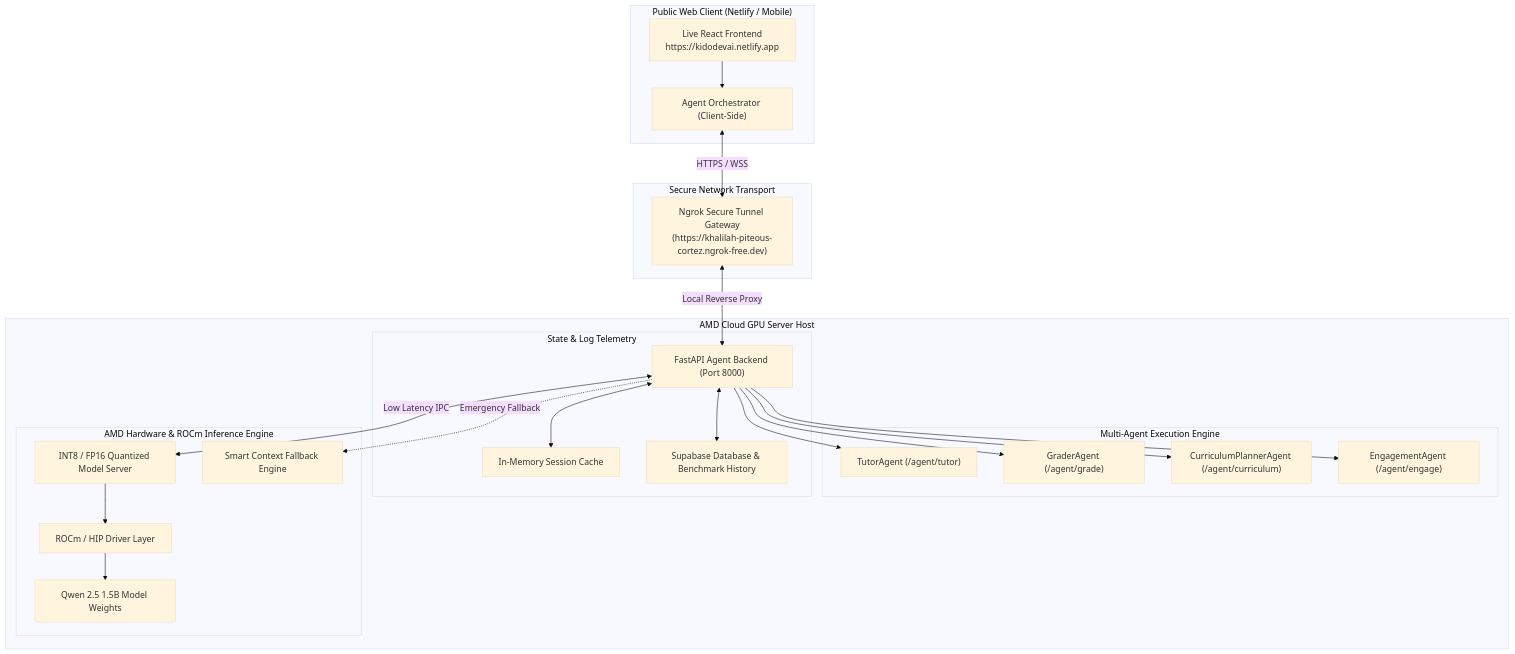
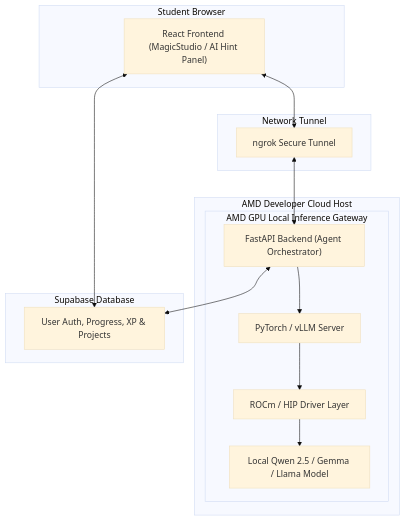
One commit to maria2469/KidoDev changed the second of 2 diagrams in README.md. Above: the diagram before and after it, drawn with Mermaid (base theme). The commit also changed other lines of this file and 3 other files, not shown here.

Commit message:
docs: update project specification and add architecture diagrams for current and target AMD cloud states

````diff
--- a/README.md
+++ b/README.md
@@ -109,49 +109,32 @@
 ```mermaid
 flowchart TB
-    subgraph WebClient ["Public Web Client (Netlify / Mobile)"]
-        NetlifyApp["Live React Frontend\nhttps://kidodevai.netlify.app"]
-        FrontendOrchestrator["Agent Orchestrator (Client-Side)"]
-        NetlifyApp --> FrontendOrchestrator
+    subgraph Client ["Student Browser"]
+        Frontend["React Frontend (MagicStudio / AI Hint Panel)"]
     end
 
-    subgraph NetworkGateway ["Secure Network Transport"]
-        NgrokGateway["Ngrok Secure Tunnel Gateway\n(https://khalilah-piteous-cortez.ngrok-free.dev)"]
-        FrontendOrchestrator <-->|HTTPS / WSS| NgrokGateway
+    subgraph Transport ["Network Tunnel"]
+        Ngrok["ngrok Secure Tunnel"]
+        Frontend <--> Ngrok
     end
 
-    subgraph AMDHost ["AMD Cloud GPU Server Host"]
-        BackendServer["FastAPI Agent Backend (Port 8000)"]
-        NgrokGateway <-->|Local Reverse Proxy| BackendServer
+    subgraph AMDCloudGPU ["AMD Developer Cloud Host"]
+        Backend["FastAPI Backend (Agent Orchestrator)"]
+        Ngrok <--> Backend
 
-        subgraph AgentPipeline ["Multi-Agent Execution Engine"]
-            Tutor["TutorAgent (/agent/tutor)"]
-            Grader["GraderAgent (/agent/grade)"]
-            Curriculum["CurriculumPlannerAgent (/agent/curriculum)"]
-            Observer["EngagementAgent (/agent/engage)"]
-        end
-
-        BackendServer --> Tutor
-        BackendServer --> Grader
-        BackendServer --> Curriculum
-        BackendServer --> Observer
-
-        subgraph Memory ["State & Log Telemetry"]
-            SessionStore["In-Memory Session Cache"]
-            SupabaseCloud["Supabase Database & Benchmark History"]
-            BackendServer <--> SessionStore
-            BackendServer <--> SupabaseCloud
-        end
-
-        subgraph AMDRadeon ["AMD Hardware & ROCm Inference Engine"]
-            HIPDriver["ROCm / HIP Driver Layer"]
-            QuantEngine["INT8 / FP16 Quantized Model Server"]
-            QwenWeights["Qwen 2.5 1.5B Model Weights"]
-            KidoFallback["Smart Context Fallback Engine"]
-
-            BackendServer <-->|Low Latency IPC| QuantEngine
-            QuantEngine --> HIPDriver
-            HIPDriver --> QwenWeights
-            BackendServer -.->|Emergency Fallback| KidoFallback
+        subgraph AMDInference ["AMD GPU Local Inference Gateway"]
+            ROCmDriver["ROCm / HIP Driver Layer"]
+            PyTorchvLLM["PyTorch / vLLM Server"]
+            LocalLLM["Local Qwen 2.5 / Gemma / Llama Model"]
+            
+            Backend --> PyTorchvLLM
+            PyTorchvLLM --> ROCmDriver
+            ROCmDriver --> LocalLLM
         end
     end
+
+    subgraph DB ["Supabase Database"]
+        SupaDB["User Auth, Progress, XP & Projects"]
+        Frontend <--> SupaDB
+        Backend <--> SupaDB
+    end
 ```
````
